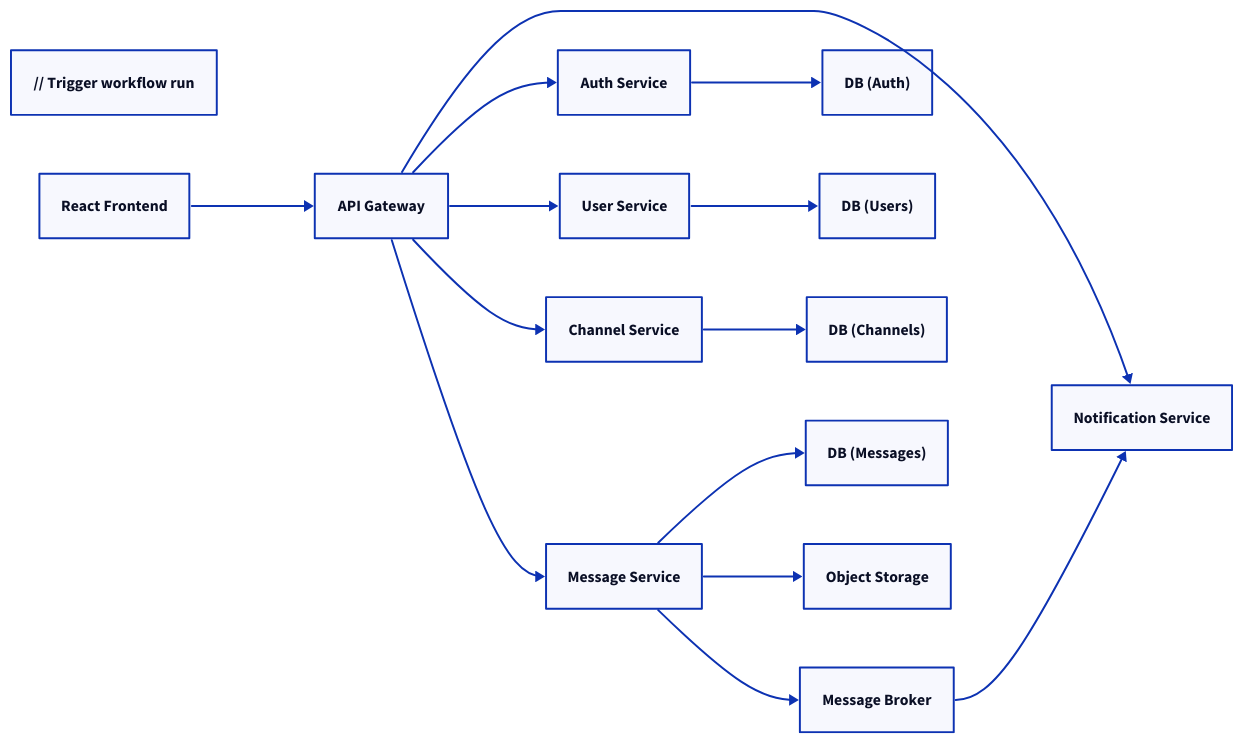
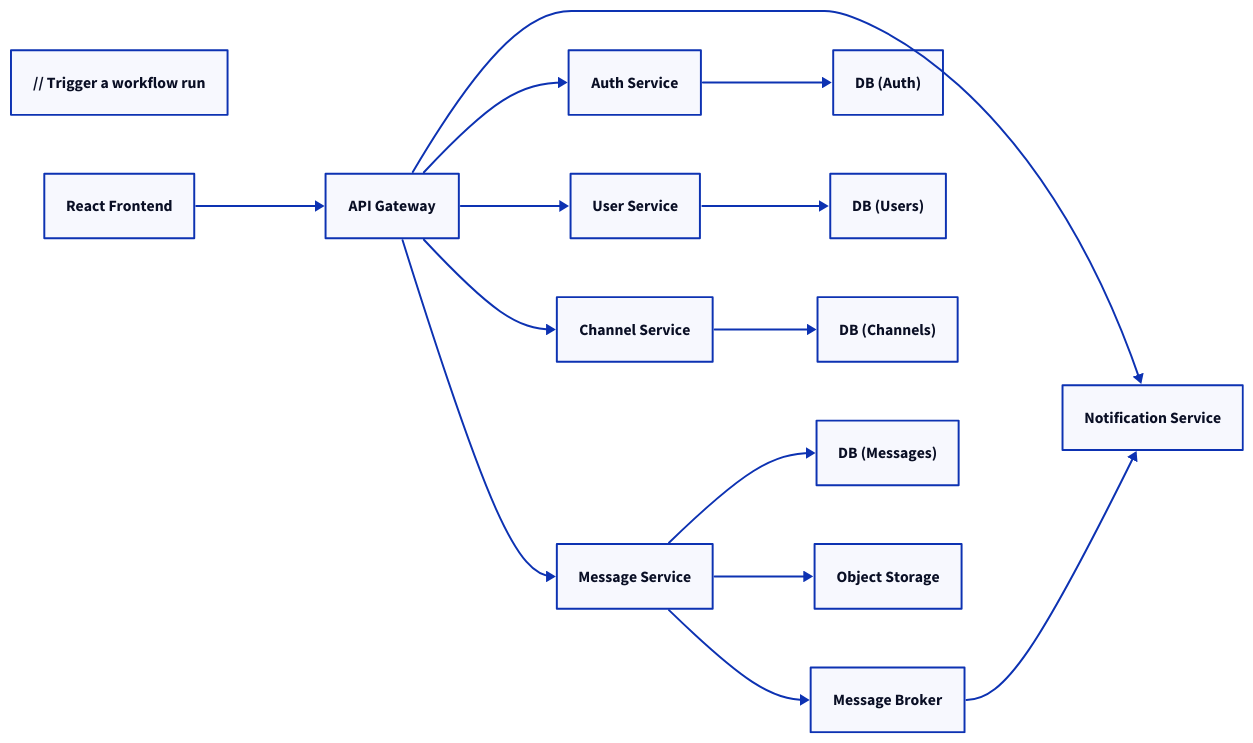
One commit to MOFAREH-ASSIRI/slack-system-architecture changed the diagram in architecture.d2. Above: the diagram before and after it, drawn with D2.

```diff
--- a/architecture.d2
+++ b/architecture.d2
@@ -1,34 +1,34 @@
-// Trigger workflow run
+// Trigger a workflow run
 direction: right
 
 
 Frontend: "React Frontend"
 APIGateway: "API Gateway"
 Auth: "Auth Service"
 Users: "User Service"
 Channels: "Channel Service"
 Messages: "Message Service"
 Notifications: "Notification Service"
 Broker: "Message Broker"
 DBAuth: "DB (Auth)"
 DBUsers: "DB (Users)"
 DBChannels: "DB (Channels)"
 DBMessages: "DB (Messages)"
 Storage: "Object Storage"
 
 Frontend -> APIGateway
 APIGateway -> Auth
 APIGateway -> Users
 APIGateway -> Channels
 APIGateway -> Messages
 APIGateway -> Notifications
 
 Auth -> DBAuth
 Users -> DBUsers
 Channels -> DBChannels
 Messages -> DBMessages
 
 Messages -> Broker
 Broker -> Notifications
 
 Messages -> Storage
```
